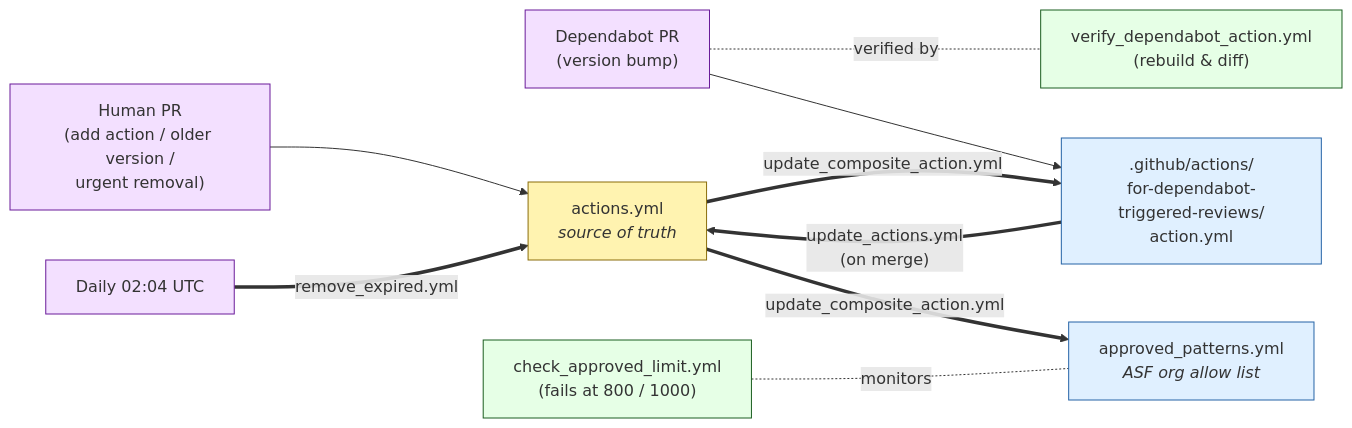
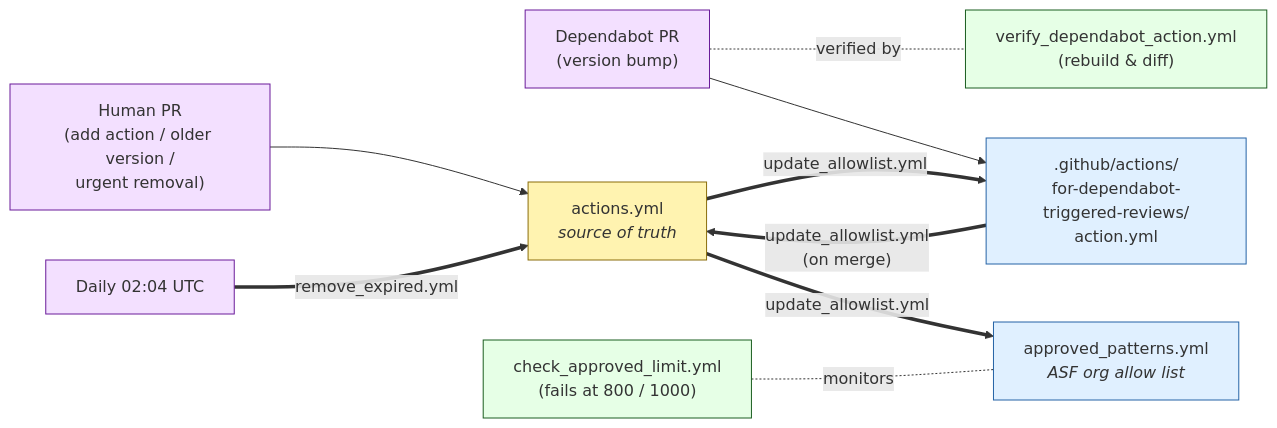
The first of 4 diagrams in README.md (apache/infrastructure-actions), drawn with Mermaid before and after one commit. The commit also changed other lines of this file and 3 other files, not shown here.

First line of the commit message:
workflows: merge update_actions + update_composite_action to fix race

````diff
--- a/README.md
+++ b/README.md
@@ -110,31 +110,31 @@
 ```mermaid
 graph LR
     human["Human PR<br/>(add action / older version /<br/>urgent removal)"]
     dependabot["Dependabot PR<br/>(version bump)"]
     cron["Daily 02:04 UTC"]
 
     actions["actions.yml<br/><i>source of truth</i>"]
     composite[".github/actions/<br/>for-dependabot-triggered-reviews/<br/>action.yml"]
     approved["approved_patterns.yml<br/><i>ASF org allow list</i>"]
 
     human-->actions
     dependabot-->composite
     dependabot-.verified by.-verify["verify_dependabot_action.yml<br/>(rebuild &amp; diff)"]
 
-    composite=="update_actions.yml<br/>(on merge)"==>actions
+    composite=="update_allowlist.yml<br/>(on merge)"==>actions
     cron=="remove_expired.yml"==>actions
 
-    actions=="update_composite_action.yml"==>composite
-    actions=="update_composite_action.yml"==>approved
+    actions=="update_allowlist.yml"==>composite
+    actions=="update_allowlist.yml"==>approved
 
     guard["check_approved_limit.yml<br/>(fails at 800 / 1000)"]-.monitors.-approved
 
     classDef source fill:#fff3b0,stroke:#8a6d0b,color:#333
     classDef generated fill:#e0f0ff,stroke:#2563a6,color:#333
     classDef trigger fill:#f3e0ff,stroke:#6a1b9a,color:#333
     classDef workflow fill:#e6ffe6,stroke:#1b5e20,color:#333
     class actions source
     class composite,approved generated
     class human,dependabot,cron trigger
     class verify,guard workflow
 ```
````
